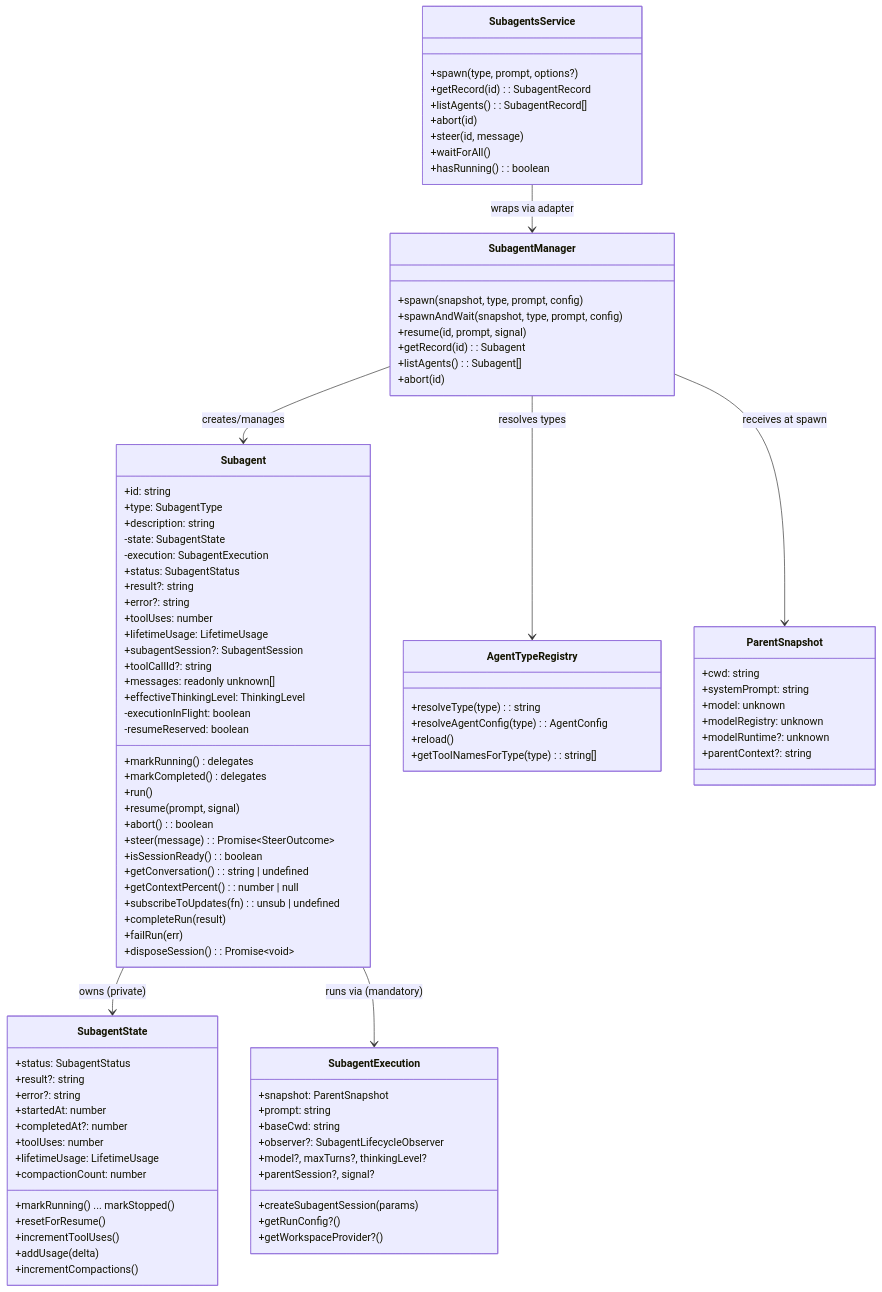
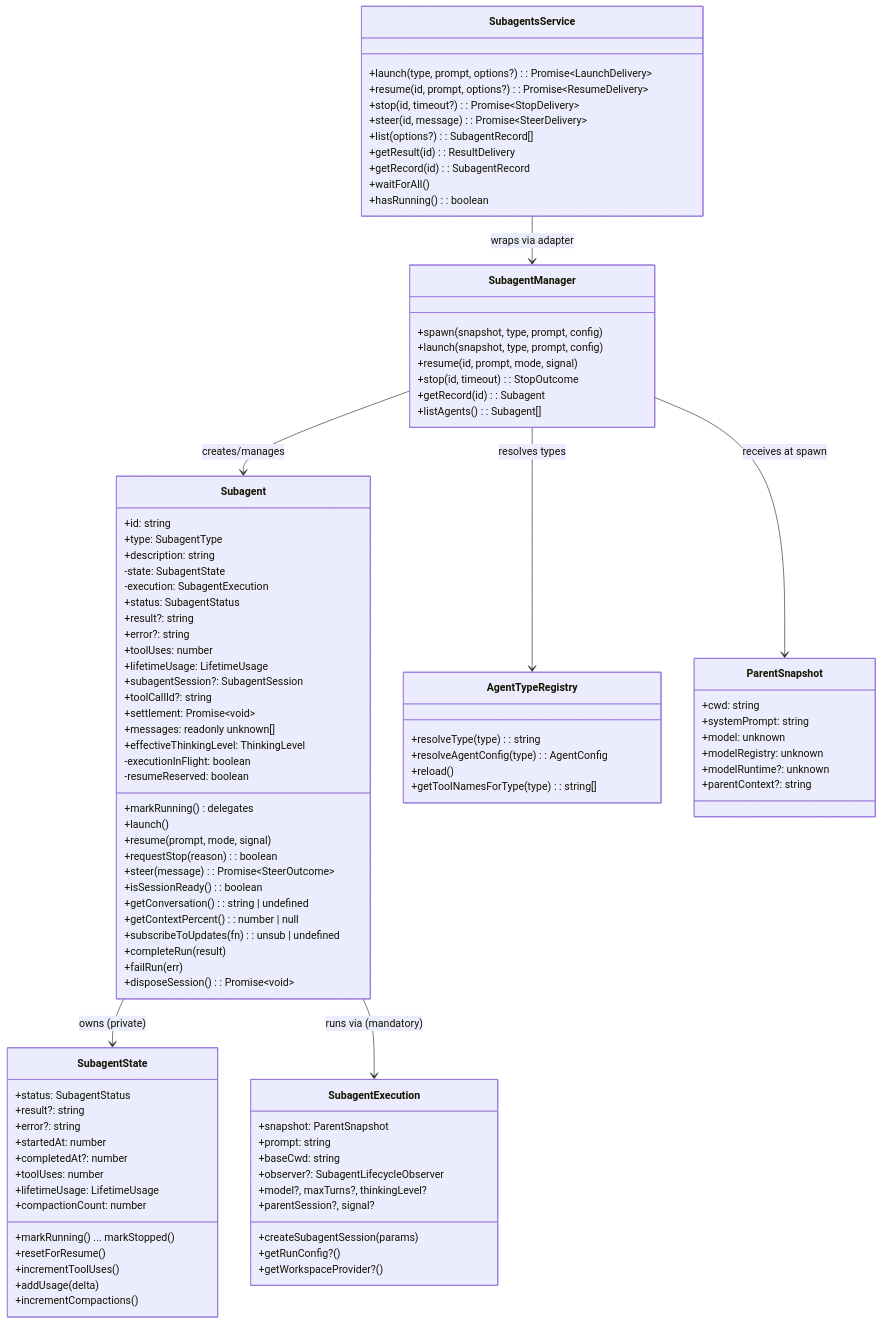
Before and after one commit to nklisch/pi-extensions: the second of 6 diagrams in packages/pi-subagents/docs/architecture/architecture.md, drawn with Mermaid. The commit also changed other lines of this file and 131 other files, not shown here.

```diff
--- a/packages/pi-subagents/docs/architecture/architecture.md
+++ b/packages/pi-subagents/docs/architecture/architecture.md
@@ -115,11 +118,11 @@
         +subagentSession?: SubagentSession
         +toolCallId?: string
         +markRunning() delegates
-        +markCompleted() delegates
-        +run()
-        +resume(prompt, signal)
-        +abort(): boolean
+        +launch()
+        +resume(prompt, mode, signal)
+        +requestStop(reason): boolean
         +steer(message): Promise~SteerOutcome~
+        +settlement: Promise~void~
         +isSessionReady(): boolean
         +getConversation(): string | undefined
         +getContextPercent(): number | null
@@ -163,11 +166,11 @@
 
     class SubagentManager {
         +spawn(snapshot, type, prompt, config)
-        +spawnAndWait(snapshot, type, prompt, config)
-        +resume(id, prompt, signal)
+        +launch(snapshot, type, prompt, config)
+        +resume(id, prompt, mode, signal)
+        +stop(id, timeout): StopOutcome
         +getRecord(id): Subagent
         +listAgents(): Subagent[]
-        +abort(id)
     }
 
     class AgentTypeRegistry {
@@ -187,11 +190,13 @@
     }
 
     class SubagentsService {
-        +spawn(type, prompt, options?)
+        +launch(type, prompt, options?): Promise~LaunchDelivery~
+        +resume(id, prompt, options?): Promise~ResumeDelivery~
+        +stop(id, timeout?): Promise~StopDelivery~
+        +steer(id, message): Promise~SteerDelivery~
+        +list(options?): SubagentRecord[]
+        +getResult(id): ResultDelivery
         +getRecord(id): SubagentRecord
-        +listAgents(): SubagentRecord[]
-        +abort(id)
-        +steer(id, message)
         +waitForAll()
         +hasRunning(): boolean
     }
```
